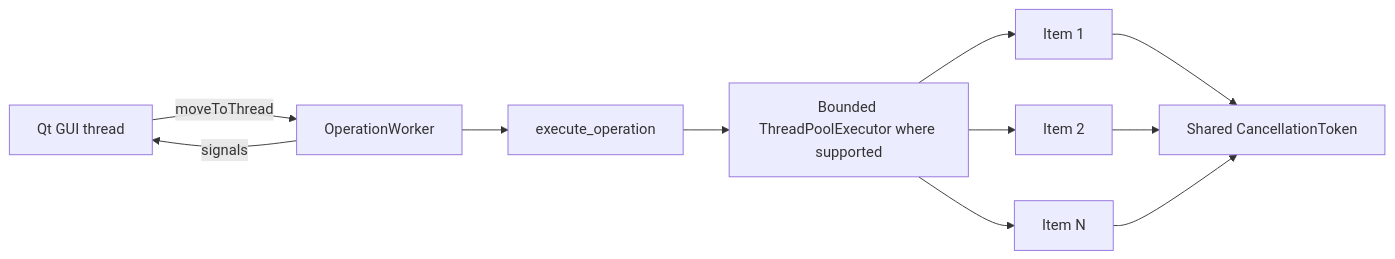
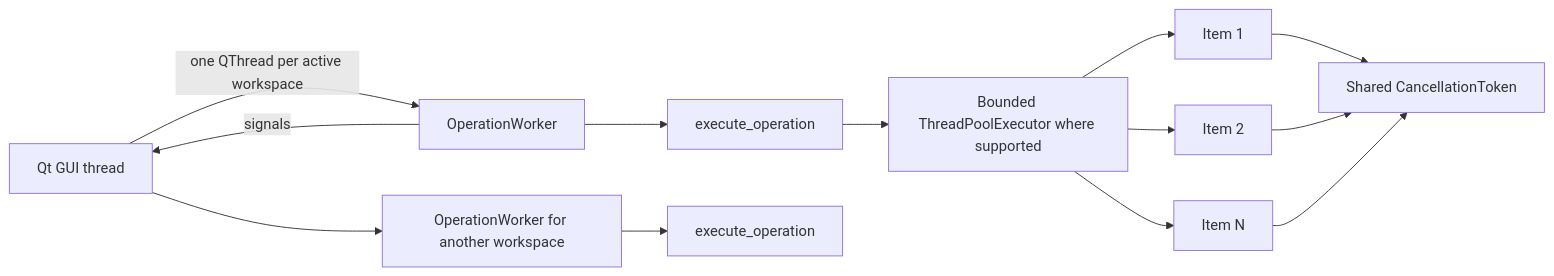
Before and after one commit to DhimanGhosh/YouTube_Media_Studio: the fourth of 8 diagrams in docs/LOW_LEVEL_DESIGN.md, drawn with Mermaid. The commit also changed other lines of this file and 5 other files, not shown here.

````diff
--- a/docs/LOW_LEVEL_DESIGN.md
+++ b/docs/LOW_LEVEL_DESIGN.md
@@ -201,13 +201,15 @@
 ```mermaid
 flowchart LR
-    GUIThread["Qt GUI thread"] -->|moveToThread| Worker["OperationWorker"]
+    GUIThread["Qt GUI thread"] -->|one QThread per active workspace| Worker["OperationWorker"]
+    GUIThread --> Worker2["OperationWorker for another workspace"]
     Worker --> Dispatcher["execute_operation"]
+    Worker2 --> Dispatcher2["execute_operation"]
     Dispatcher --> Pool["Bounded ThreadPoolExecutor where supported"]
     Pool --> Unit1["Item 1"]
     Pool --> Unit2["Item 2"]
     Pool --> UnitN["Item N"]
     Unit1 --> Token["Shared CancellationToken"]
     Unit2 --> Token
     UnitN --> Token
     Worker -->|signals| GUIThread
 ```
````
